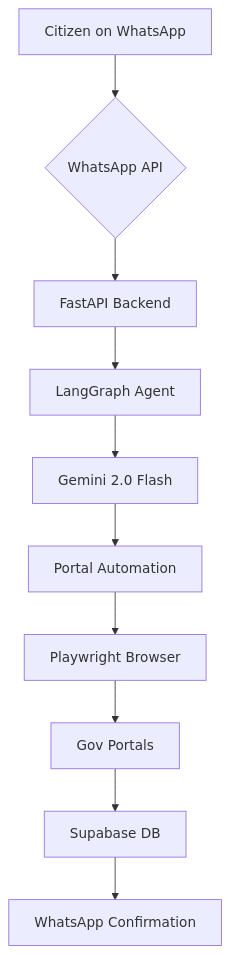
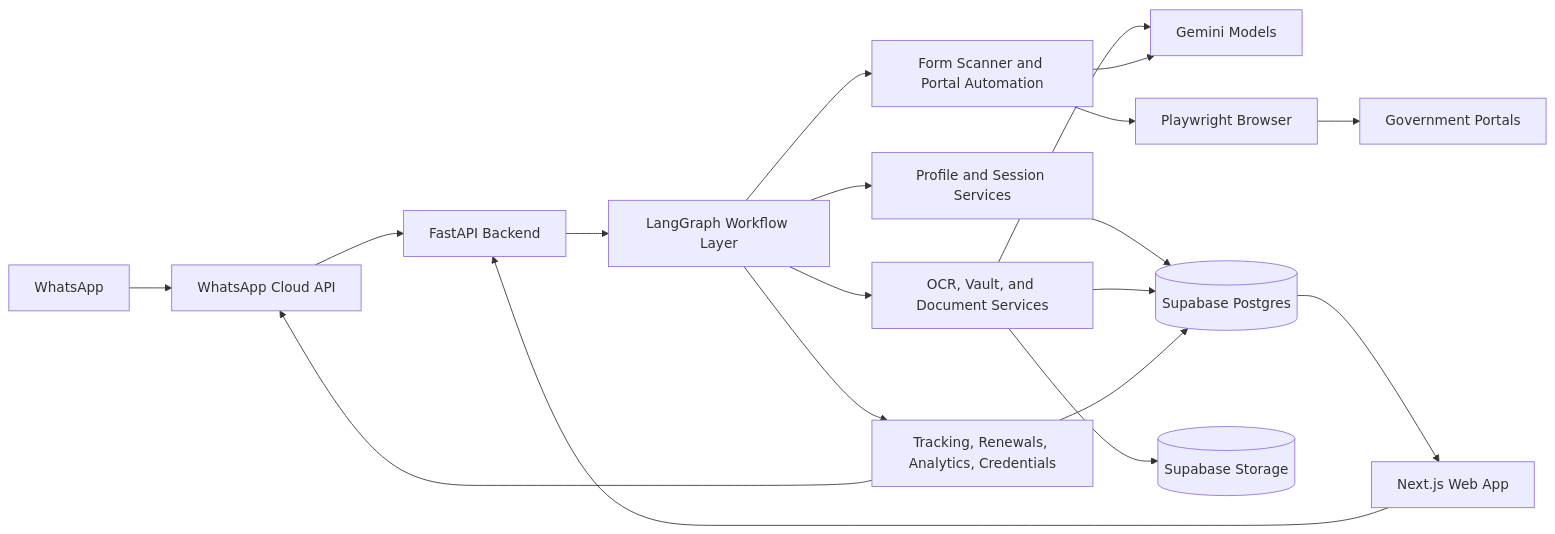
Before and after one commit to shashank03-dev/GovBot: the first of 2 diagrams in README.md, drawn with Mermaid. The commit also changed other lines of this file, not shown here.

Commit message:
docs: rewrite README and architecture diagrams

````diff
--- a/README.md
+++ b/README.md
@@ -29,12 +57,25 @@
 ```mermaid
-graph TD
-    A[Citizen on WhatsApp] --> B{WhatsApp API}
-    B --> C[FastAPI Backend]
-    C --> D[LangGraph Agent]
-    D --> E[Gemini 2.0 Flash]
-    E --> F[Portal Automation]
-    F --> G[Playwright Browser]
-    G --> H[Gov Portals]
-    H --> I[Supabase DB]
-    I --> J[WhatsApp Confirmation]
+flowchart LR
+    WA[WhatsApp] --> WAPI[WhatsApp Cloud API]
+    WEB[Next.js Web App] --> API[FastAPI Backend]
+    WAPI --> API
+
+    API --> FLOW[LangGraph Workflow Layer]
+    FLOW --> PROFILE[Profile and Session Services]
+    FLOW --> DOCS[OCR, Vault, and Document Services]
+    FLOW --> FORMS[Form Scanner and Portal Automation]
+    FLOW --> OPS[Tracking, Renewals, Analytics, Credentials]
+
+    DOCS --> GEMINI[Gemini Models]
+    FORMS --> GEMINI
+    FORMS --> PLAYWRIGHT[Playwright Browser]
+    PLAYWRIGHT --> PORTALS[Government Portals]
+
+    PROFILE --> DB[(Supabase Postgres)]
+    DOCS --> DB
+    DOCS --> STORAGE[(Supabase Storage)]
+    OPS --> DB
+
+    DB --> WEB
+    OPS --> WAPI
 ```
````
